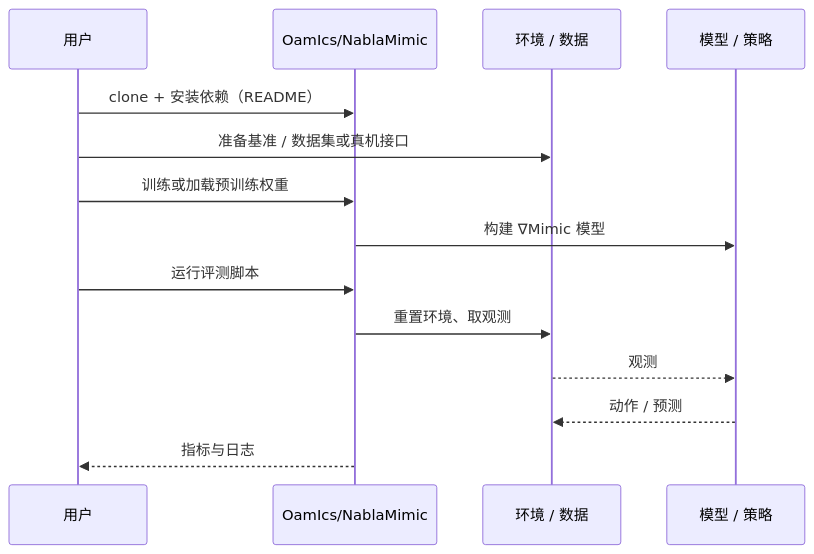
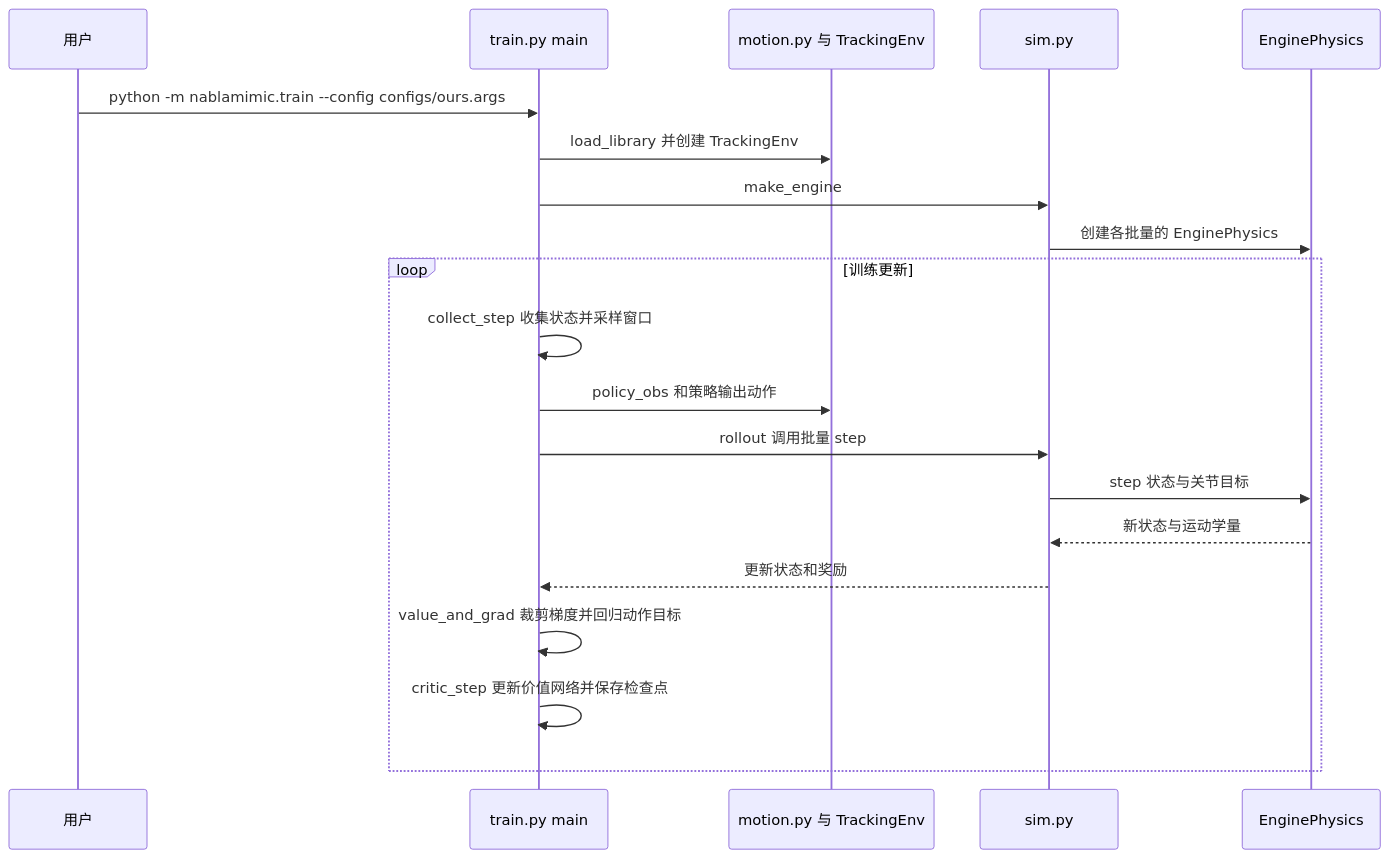
One commit to ImChong/Robotics_Notebooks changed the second of 2 diagrams in wiki/entities/paper-nablamimic.md. Above: the diagram before and after it, drawn with Mermaid. The commit also changed other lines of this file and 5 other files, not shown here.

````diff
--- a/wiki/entities/paper-nablamimic.md
+++ b/wiki/entities/paper-nablamimic.md
@@ -59,16 +78,22 @@
 ```mermaid
 sequenceDiagram
   participant U as 用户
-  participant R as OamIcs/NablaMimic
-  participant E as 环境 / 数据
-  participant M as 模型 / 策略
-  U->>R: clone + 安装依赖（README）
-  U->>E: 准备基准 / 数据集或真机接口
-  U->>R: 训练或加载预训练权重
-  R->>M: 构建 ∇Mimic 模型
-  U->>R: 运行评测脚本
-  R->>E: 重置环境、取观测
-  E-->>M: 观测
-  M-->>E: 动作 / 预测
-  R-->>U: 指标与日志
+  participant T as train.py main
+  participant M as motion.py 与 TrackingEnv
+  participant S as sim.py
+  participant E as EnginePhysics
+  U->>T: python -m nablamimic.train --config configs/ours.args
+  T->>M: load_library 并创建 TrackingEnv
+  T->>S: make_engine
+  S->>E: 创建各批量的 EnginePhysics
+  loop 训练更新
+    T->>T: collect_step 收集状态并采样窗口
+    T->>M: policy_obs 和策略输出动作
+    T->>S: rollout 调用批量 step
+    S->>E: step 状态与关节目标
+    E-->>S: 新状态与运动学量
+    S-->>T: 更新状态和奖励
+    T->>T: value_and_grad 裁剪梯度并回归动作目标
+    T->>T: critic_step 更新价值网络并保存检查点
+  end
 ```
````
